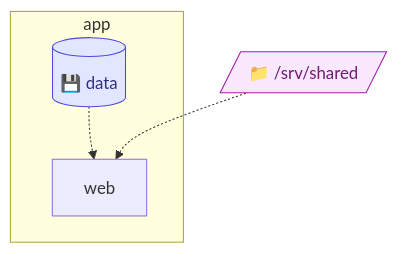
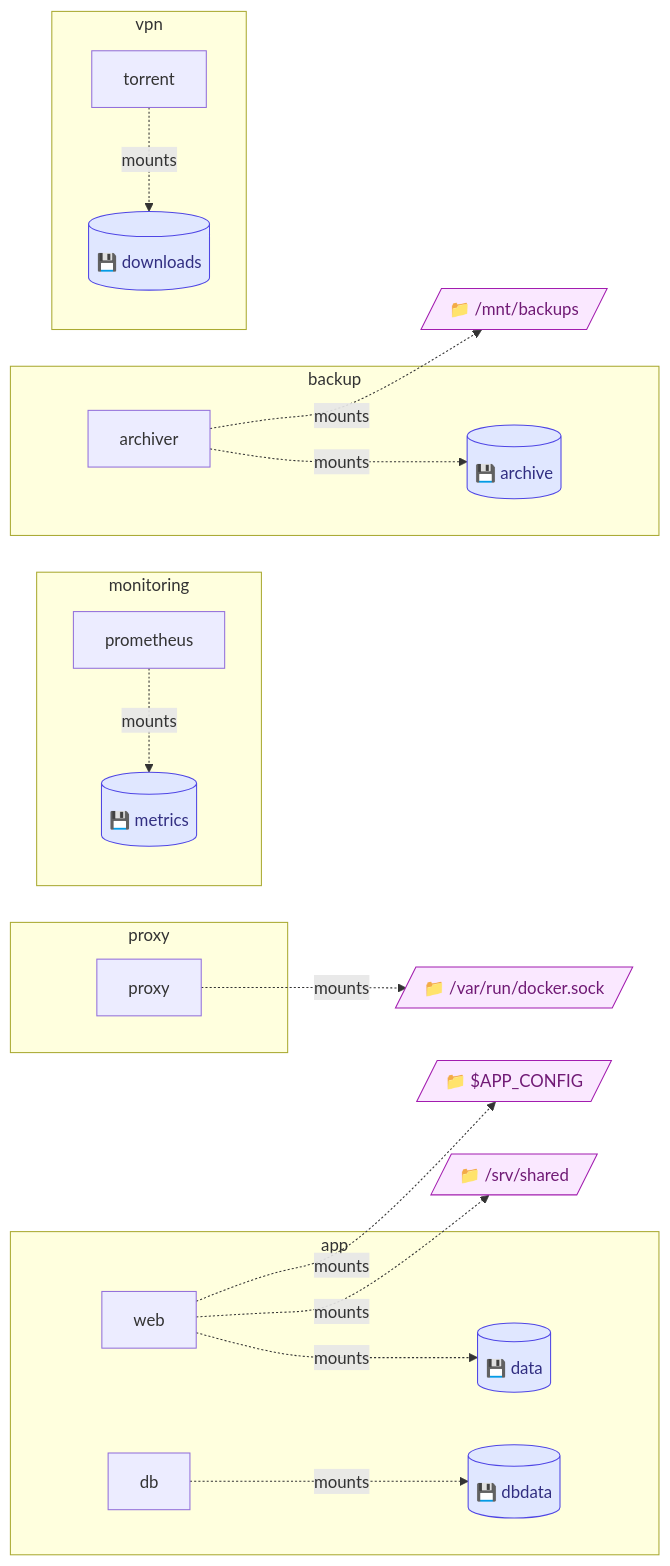
One commit to fa0311/docker-compose-map changed the third of 4 diagrams in tests/assets/render/compose-graph.md. Above: the diagram before and after it, drawn with Mermaid. The commit also changed other lines of this file and 7 other files, not shown here.

````diff
--- a/tests/assets/render/compose-graph.md
+++ b/tests/assets/render/compose-graph.md
@@ -78,16 +128,43 @@
 ```mermaid
-graph TD
+graph LR
   subgraph g__app["app"]
     v__app__web["web"]
+    v__app__db["db"]
     vol__app__data[("💾 data")]
+    vol__app__dbdata[("💾 dbdata")]
   end
+  subgraph g__backup["backup"]
+    v__backup__archiver["archiver"]
+    vol__backup__archive[("💾 archive")]
+  end
+  subgraph g__monitoring["monitoring"]
+    v__monitoring__prometheus["prometheus"]
+    vol__monitoring__metrics[("💾 metrics")]
+  end
+  subgraph g__proxy["proxy"]
+    v__proxy__proxy["proxy"]
+  end
+  subgraph g__vpn["vpn"]
+    v__vpn__torrent["torrent"]
+    vol__vpn__downloads[("💾 downloads")]
+  end
+  host___APP_CONFIG[/"📁 $APP_CONFIG"/]
+  host___mnt_backups[/"📁 /mnt/backups"/]
   host___srv_shared[/"📁 /srv/shared"/]
+  host___var_run_docker_sock[/"📁 /var/run/docker.sock"/]
 
-  vol__app__data -.-> v__app__web
-  host___srv_shared -.-> v__app__web
+  v__app__web -.->|mounts| vol__app__data
+  v__app__web -.->|mounts| host___srv_shared
+  v__app__web -.->|mounts| host___APP_CONFIG
+  v__app__db -.->|mounts| vol__app__dbdata
+  v__backup__archiver -.->|mounts| vol__backup__archive
+  v__backup__archiver -.->|mounts| host___mnt_backups
+  v__monitoring__prometheus -.->|mounts| vol__monitoring__metrics
+  v__proxy__proxy -.->|mounts| host___var_run_docker_sock
+  v__vpn__torrent -.->|mounts| vol__vpn__downloads
 
   classDef vol fill:#e0e7ff,stroke:#4f46e5,color:#312e81;
   classDef host fill:#fae8ff,stroke:#a21caf,color:#701a75;
-  class vol__app__data vol;
-  class host___srv_shared host;
+  class vol__app__data,vol__app__dbdata,vol__backup__archive,vol__monitoring__metrics,vol__vpn__downloads vol;
+  class host___APP_CONFIG,host___mnt_backups,host___srv_shared,host___var_run_docker_sock host;
 ```
````
